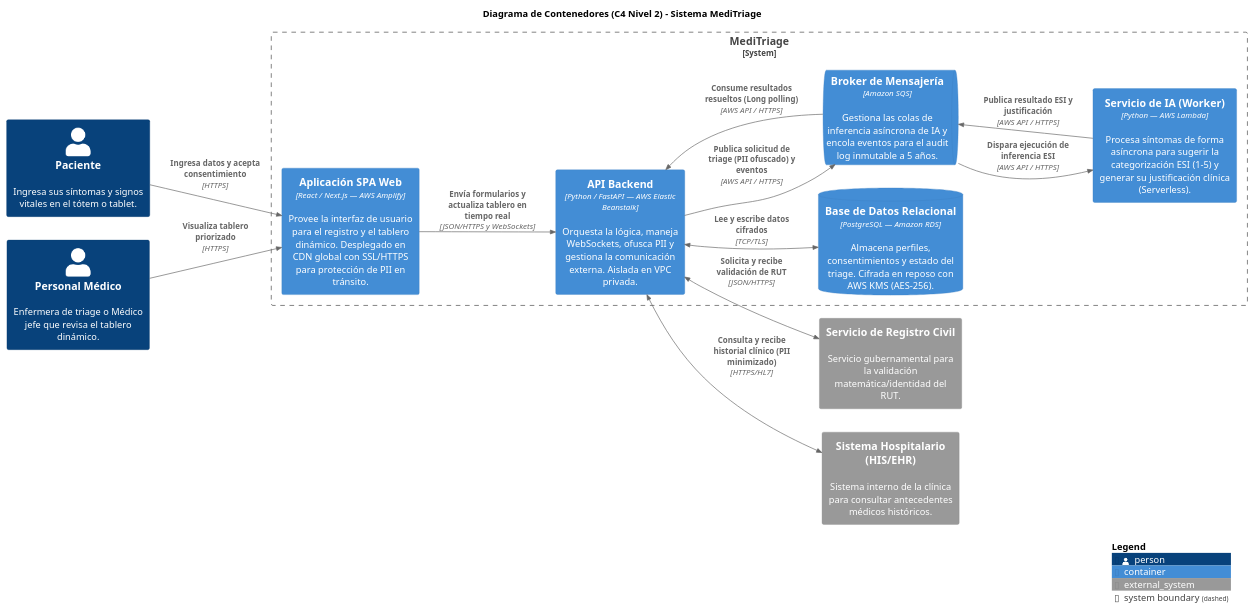
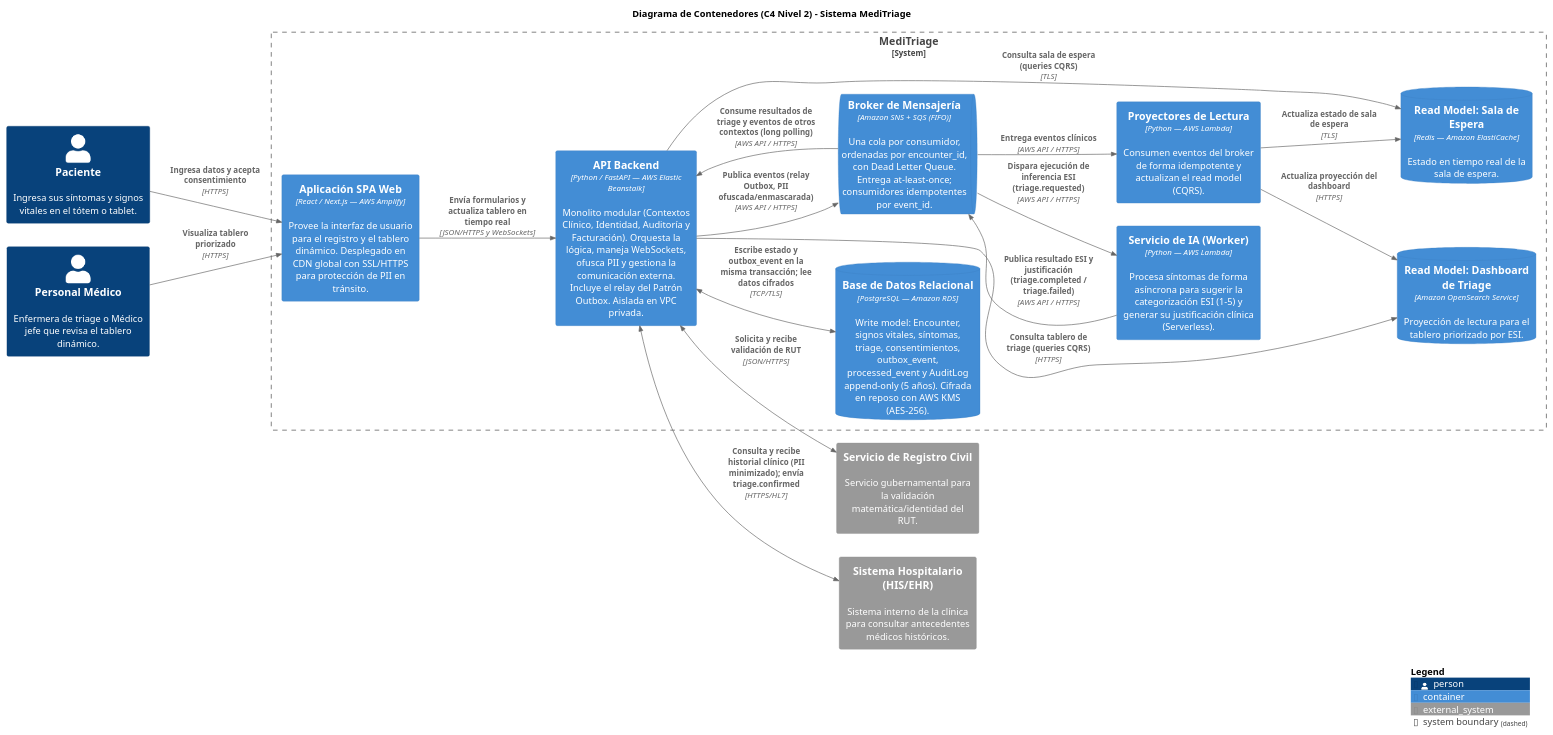
Before and after one commit to DrrFunky/equipo-ESSIA-meditriage: the diagram in docs/c4/l2-container.puml, drawn with PlantUML.

```diff
--- a/docs/c4/l2-container.puml
+++ b/docs/c4/l2-container.puml
@@ -1,47 +1,53 @@
-@startuml C4_Elements
+@startuml c4-l2-contenedores
 !include https://raw.githubusercontent.com/plantuml-stdlib/C4-PlantUML/master/C4_Container.puml
 
 LAYOUT_LEFT_RIGHT()
-
 title Diagrama de Contenedores (C4 Nivel 2) - Sistema MediTriage
-' Actualizado en ADR 0003: tecnologías genéricas reemplazadas por servicios managed de AWS
 
 Person(paciente, "Paciente", "Ingresa sus síntomas y signos vitales en el tótem o tablet.")
 Person(medico, "Personal Médico", "Enfermera de triage o Médico jefe que revisa el tablero dinámico.")
 
 System_Boundary(meditriage, "MediTriage") {
-    
     Container(spa, "Aplicación SPA Web", "React / Next.js — AWS Amplify", "Provee la interfaz de usuario para el registro y el tablero dinámico. Desplegado en CDN global con SSL/HTTPS para protección de PII en tránsito.")
-    
-    Container(api, "API Backend", "Python / FastAPI — AWS Elastic Beanstalk", "Orquesta la lógica, maneja WebSockets, ofusca PII y gestiona la comunicación externa. Aislada en VPC privada.")
-    
-    Container(worker_ia, "Servicio de IA (Worker)", "Python — AWS Lambda", "Procesa síntomas de forma asíncrona para sugerir la categorización ESI (1-5) y generar su justificación clínica (Serverless).")
-    
-    ContainerDb(db, "Base de Datos Relacional", "PostgreSQL — Amazon RDS", "Almacena perfiles, consentimientos y estado del triage. Cifrada en reposo con AWS KMS (AES-256).")
-    
-    ContainerQueue(broker, "Broker de Mensajería", "Amazon SQS", "Gestiona las colas de inferencia asíncrona de IA y encola eventos para el audit log inmutable a 5 años.")
+
+    Container(api, "API Backend", "Python / FastAPI — AWS Elastic Beanstalk", "Monolito modular (Contextos Clínico, Identidad, Auditoría y Facturación). Orquesta la lógica, maneja WebSockets, ofusca PII y gestiona la comunicación externa. Incluye el relay del Patrón Outbox. Aislada en VPC privada.")
+
+    ContainerDb(db, "Base de Datos Relacional", "PostgreSQL — Amazon RDS", "Write model: Encounter, signos vitales, síntomas, triage, consentimientos, outbox_event, processed_event y AuditLog append-only (5 años). Cifrada en reposo con AWS KMS (AES-256).")
+
+    ContainerQueue(broker, "Broker de Mensajería", "Amazon SNS + SQS (FIFO)", "Una cola por consumidor, ordenadas por encounter_id, con Dead Letter Queue. Entrega at-least-once; consumidores idempotentes por event_id.")
+
+    Container(worker, "Servicio de IA (Worker)", "Python — AWS Lambda", "Procesa síntomas de forma asíncrona para sugerir la categorización ESI (1-5) y generar su justificación clínica (Serverless).")
+
+    Container(proyector, "Proyectores de Lectura", "Python — AWS Lambda", "Consumen eventos del broker de forma idempotente y actualizan el read model (CQRS).")
+
+    ContainerDb(search, "Read Model: Dashboard de Triage", "Amazon OpenSearch Service", "Proyección de lectura para el tablero priorizado por ESI.")
+
+    ContainerDb(cache, "Read Model: Sala de Espera", "Redis — Amazon ElastiCache", "Estado en tiempo real de la sala de espera.")
 }
 
-System_Ext(registro_civil, "Servicio de Registro Civil", "Servicio gubernamental para la validación matemática/identidad del RUT.")
-System_Ext(his_ehr, "Sistema Hospitalario (HIS/EHR)", "Sistema interno de la clínica para consultar antecedentes médicos históricos.")
+System_Ext(registro, "Servicio de Registro Civil", "Servicio gubernamental para la validación matemática/identidad del RUT.")
+System_Ext(his, "Sistema Hospitalario (HIS/EHR)", "Sistema interno de la clínica para consultar antecedentes médicos históricos.")
 
 Rel(paciente, spa, "Ingresa datos y acepta consentimiento", "HTTPS")
 Rel(medico, spa, "Visualiza tablero priorizado", "HTTPS")
+Rel(spa, api, "Envía formularios y actualiza tablero en tiempo real", "JSON/HTTPS y WebSockets")
 
-Rel(spa, api, "Envía formularios y actualiza tablero en tiempo real", "JSON/HTTPS y WebSockets", $tags="port:443")
+BiRel(api, db, "Escribe estado y outbox_event en la misma transacción; lee datos cifrados", "TCP/TLS")
+Rel(api, broker, "Publica eventos (relay Outbox, PII ofuscada/enmascarada)", "AWS API / HTTPS")
+Rel(broker, api, "Consume resultados de triage y eventos de otros contextos (long polling)", "AWS API / HTTPS")
 
-' CORRECCIÓN: Se usa BiRel (Bidirectional Relation) para la flecha de vuelta
-BiRel(api, db, "Lee y escribe datos cifrados", "TCP/TLS", $tags="port:5432")
+Rel(broker, worker, "Dispara ejecución de inferencia ESI (triage.requested)", "AWS API / HTTPS")
+Rel(worker, broker, "Publica resultado ESI y justificación (triage.completed / triage.failed)", "AWS API / HTTPS")
 
-' AWS SQS se comunica mediante llamadas a la API vía HTTPS, no por AMQP
-Rel(api, broker, "Publica solicitud de triage (PII ofuscado) y eventos", "AWS API / HTTPS", $tags="port:443")
-Rel(broker, worker_ia, "Dispara ejecución de inferencia ESI", "AWS API / HTTPS", $tags="port:443")
-Rel(worker_ia, broker, "Publica resultado ESI y justificación", "AWS API / HTTPS", $tags="port:443")
-Rel(broker, api, "Consume resultados resueltos (Long polling)", "AWS API / HTTPS", $tags="port:443")
+Rel(broker, proyector, "Entrega eventos clínicos", "AWS API / HTTPS")
+Rel(proyector, search, "Actualiza proyección del dashboard", "HTTPS")
+Rel(proyector, cache, "Actualiza estado de sala de espera", "TLS")
 
-' CORRECCIÓN: Se usa BiRel (Bidirectional Relation) para mostrar que la API recibe respuesta
-BiRel(api, registro_civil, "Solicita y recibe validación de RUT", "JSON/HTTPS")
-BiRel(api, his_ehr, "Consulta y recibe historial clínico (PII minimizado)", "HTTPS/HL7")
+Rel(api, search, "Consulta tablero de triage (queries CQRS)", "HTTPS")
+Rel(api, cache, "Consulta sala de espera (queries CQRS)", "TLS")
+
+BiRel(api, registro, "Solicita y recibe validación de RUT", "JSON/HTTPS")
+BiRel(api, his, "Consulta y recibe historial clínico (PII minimizado); envía triage.confirmed", "HTTPS/HL7")
 
 SHOW_LEGEND()
 @enduml
```
